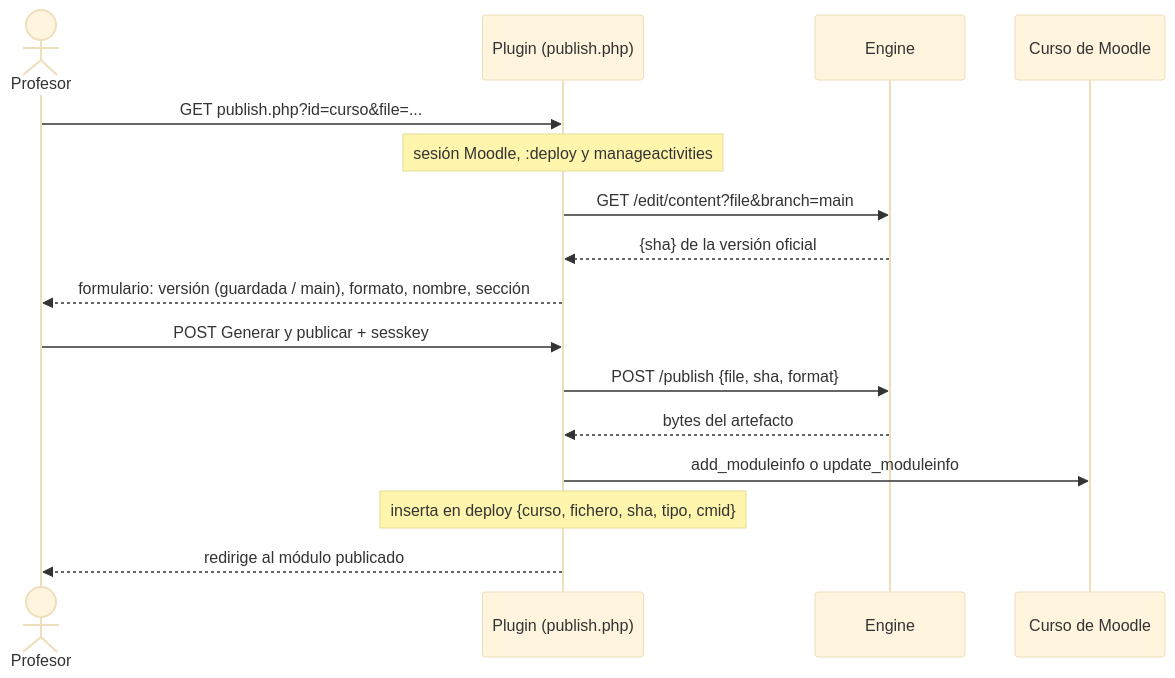
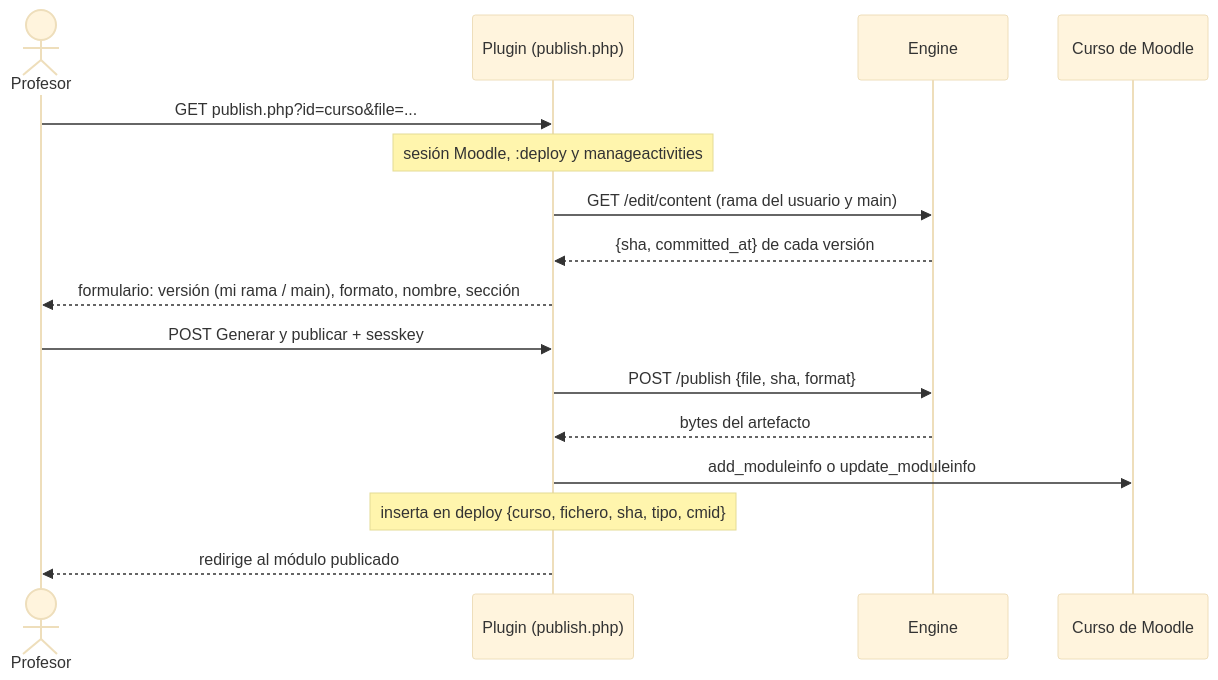
The eighth of 8 diagrams in docs/Flujos de datos — plugin, engine y editor.md (darioaxel/moodle-liaeditor-git), drawn with Mermaid (base theme) before and after one commit. The commit also changed other lines of this file and 14 other files, not shown here.

First line of the commit message:
SCORM 2004 y «Descargar sin publicar» desde la última versión de la rama del usuario

````diff
--- a/docs/Flujos de datos — plugin, engine y editor.md
+++ b/docs/Flujos de datos — plugin, engine y editor.md
@@ -259,19 +261,19 @@
 ```mermaid
 sequenceDiagram
     actor P as Profesor
     participant M as Plugin (publish.php)
     participant E as Engine
     participant C as Curso de Moodle
 
     P->>M: GET publish.php?id=curso&file=...
     Note over M: sesión Moodle, :deploy y manageactivities
-    M->>E: GET /edit/content?file&branch=main
-    E-->>M: {sha} de la versión oficial
-    M-->>P: formulario: versión (guardada / main), formato, nombre, sección
+    M->>E: GET /edit/content (rama del usuario y main)
+    E-->>M: {sha, committed_at} de cada versión
+    M-->>P: formulario: versión (mi rama / main), formato, nombre, sección
     P->>M: POST Generar y publicar + sesskey
     M->>E: POST /publish {file, sha, format}
     E-->>M: bytes del artefacto
     M->>C: add_moduleinfo o update_moduleinfo
     Note over M: inserta en deploy {curso, fichero, sha, tipo, cmid}
     M-->>P: redirige al módulo publicado
 ```
````
